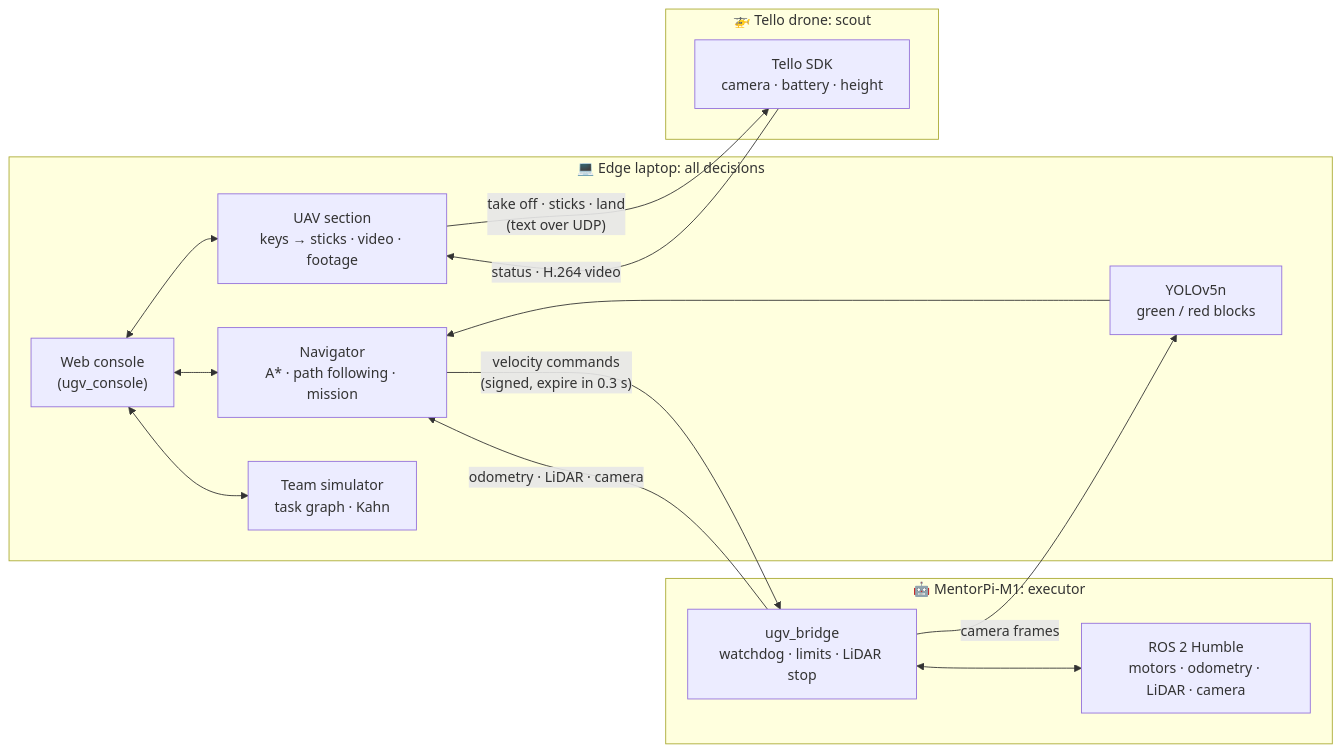
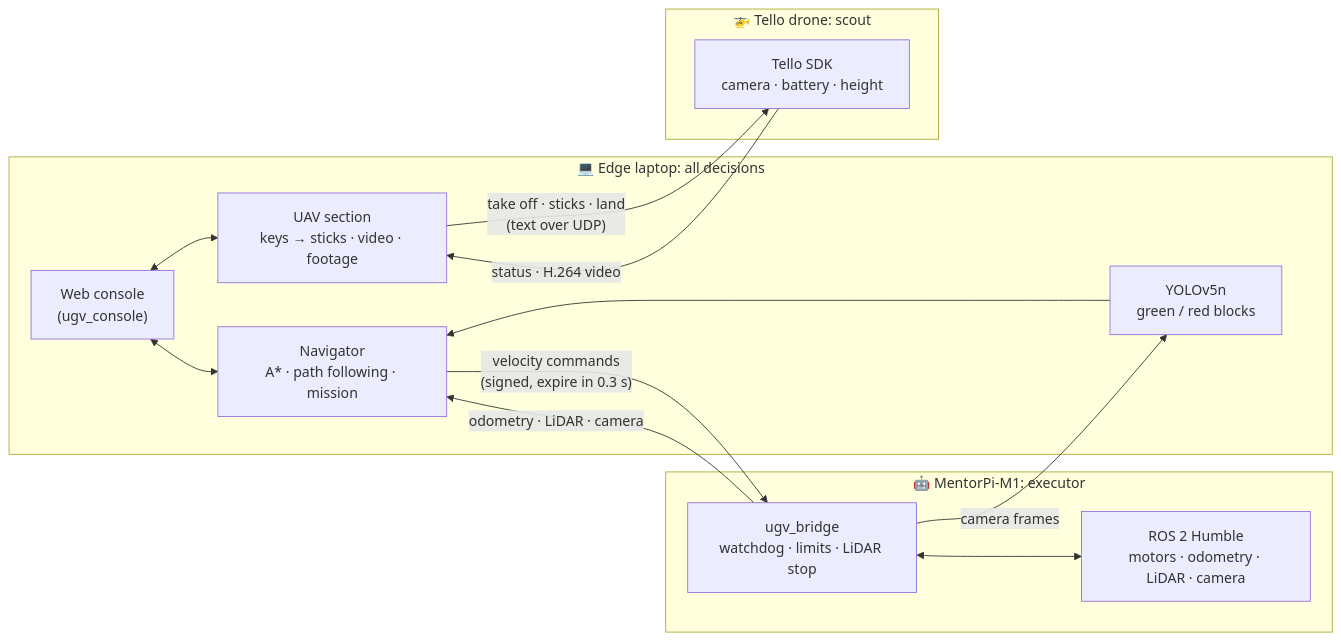
Before and after one commit to Aizu-x/FYP-Search-And-Rescue: the second of 3 diagrams in README.md, drawn with Mermaid.

Commit message:
README: keep the architecture diagram as it was (the team has its own diagram)

````diff
--- a/README.md
+++ b/README.md
@@ -178,27 +178,25 @@
 ```mermaid
 flowchart LR
     subgraph Laptop["💻 Edge laptop: all decisions"]
         UI["Web console<br/>(ugv_console)"]
         NAV["Navigator<br/>A* · path following · mission"]
         YOLO["YOLOv5n<br/>green / red blocks"]
         UAV["UAV section<br/>keys → sticks · video · footage"]
-        TEAM["Team simulator<br/>task graph · Kahn"]
         UI <--> NAV
         UI <--> UAV
-        UI <--> TEAM
         YOLO --> NAV
     end
     subgraph Robot["🤖 MentorPi-M1: executor"]
         BR["ugv_bridge<br/>watchdog · limits · LiDAR stop"]
         ROS["ROS 2 Humble<br/>motors · odometry · LiDAR · camera"]
         BR <--> ROS
     end
     NAV -- "velocity commands<br/>(signed, expire in 0.3 s)" --> BR
     BR -- "odometry · LiDAR · camera" --> NAV
     BR -- "camera frames" --> YOLO
     subgraph Drone["🚁 Tello drone: scout"]
         TELLO["Tello SDK<br/>camera · battery · height"]
     end
     UAV -- "take off · sticks · land<br/>(text over UDP)" --> TELLO
     TELLO -- "status · H.264 video" --> UAV
 ```
````
